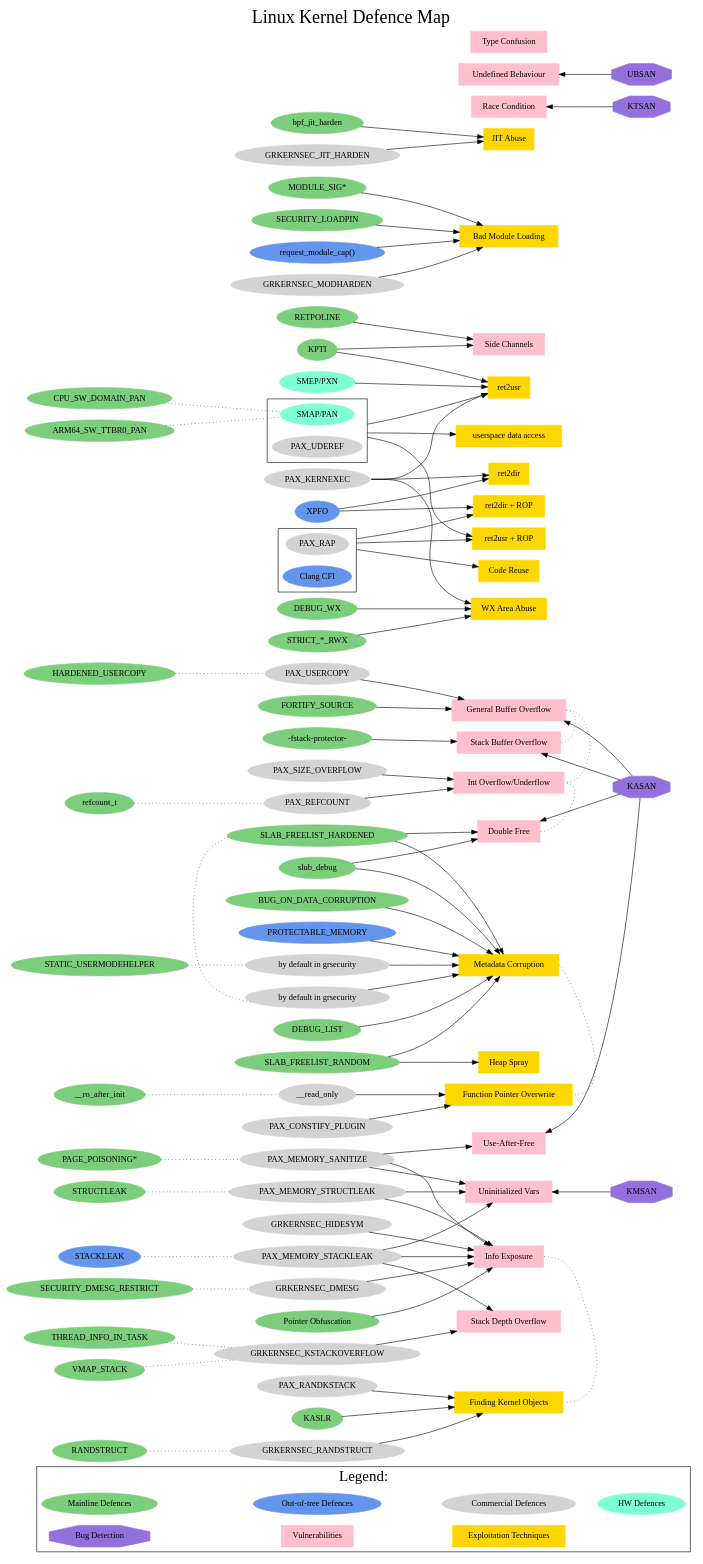
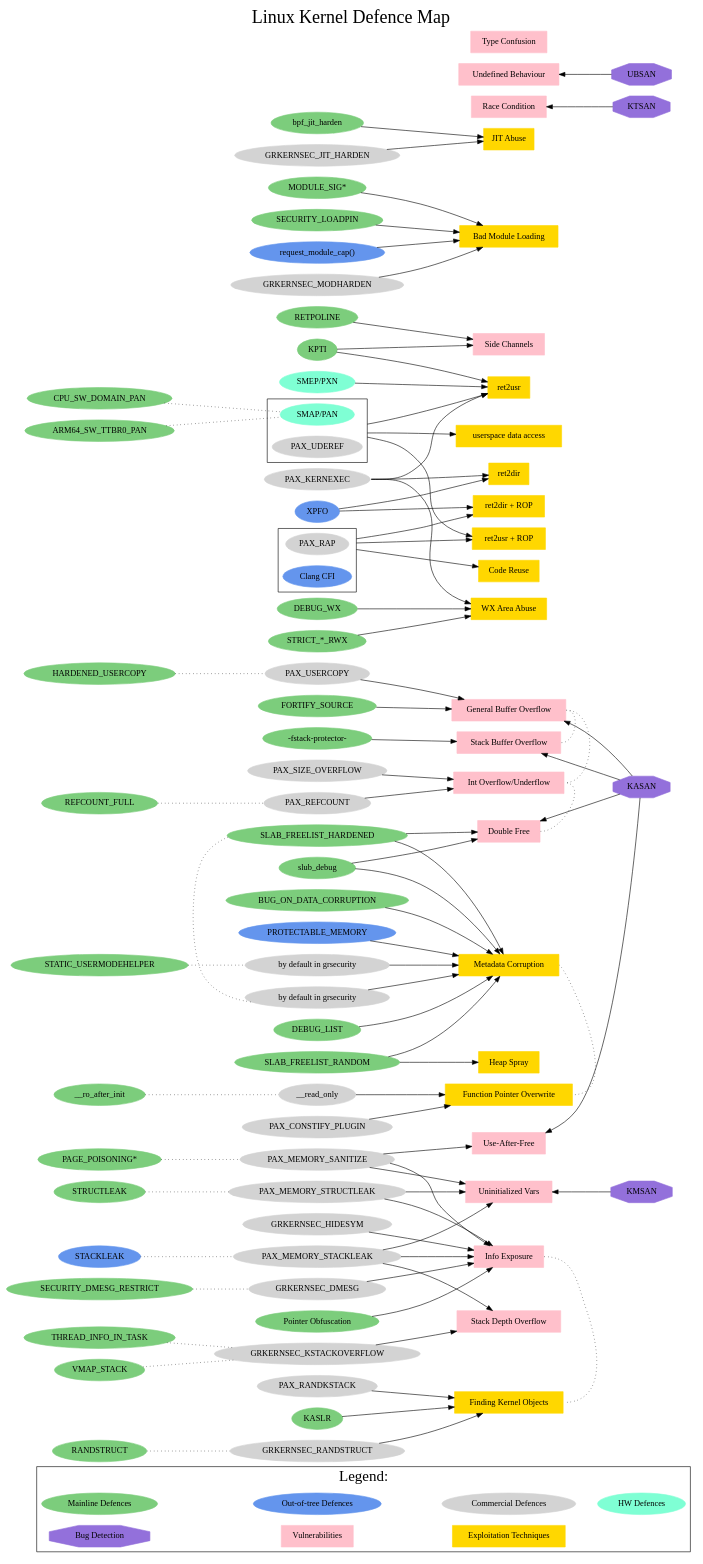
One commit to a13xp0p0v/linux-kernel-defence-map changed the diagram in linux-kernel-defence-map.dot. Above: the diagram before and after it, drawn with Graphviz.

Commit message:
Rename refcount_t to REFCOUNT_FULL

```diff
--- a/linux-kernel-defence-map.dot
+++ b/linux-kernel-defence-map.dot
@@ -131,7 +131,7 @@
 
     // Mainline Defences
     node [shape=oval, color=palegreen3];
-    "refcount_t";
+    "REFCOUNT_FULL";
     "HARDENED_USERCOPY";
     "PAGE_POISONING*";
     "VMAP_STACK";
@@ -150,7 +150,7 @@
   }
 
   edge [style=dotted, arrowhead=none, dir=none, headport=_, tailport=_];
-  "refcount_t" -> "PAX_REFCOUNT";
+  "REFCOUNT_FULL" -> "PAX_REFCOUNT";
   "HARDENED_USERCOPY" -> "PAX_USERCOPY";
   "PAGE_POISONING*" -> "PAX_MEMORY_SANITIZE";
   "VMAP_STACK" -> "GRKERNSEC_KSTACKOVERFLOW";
```
